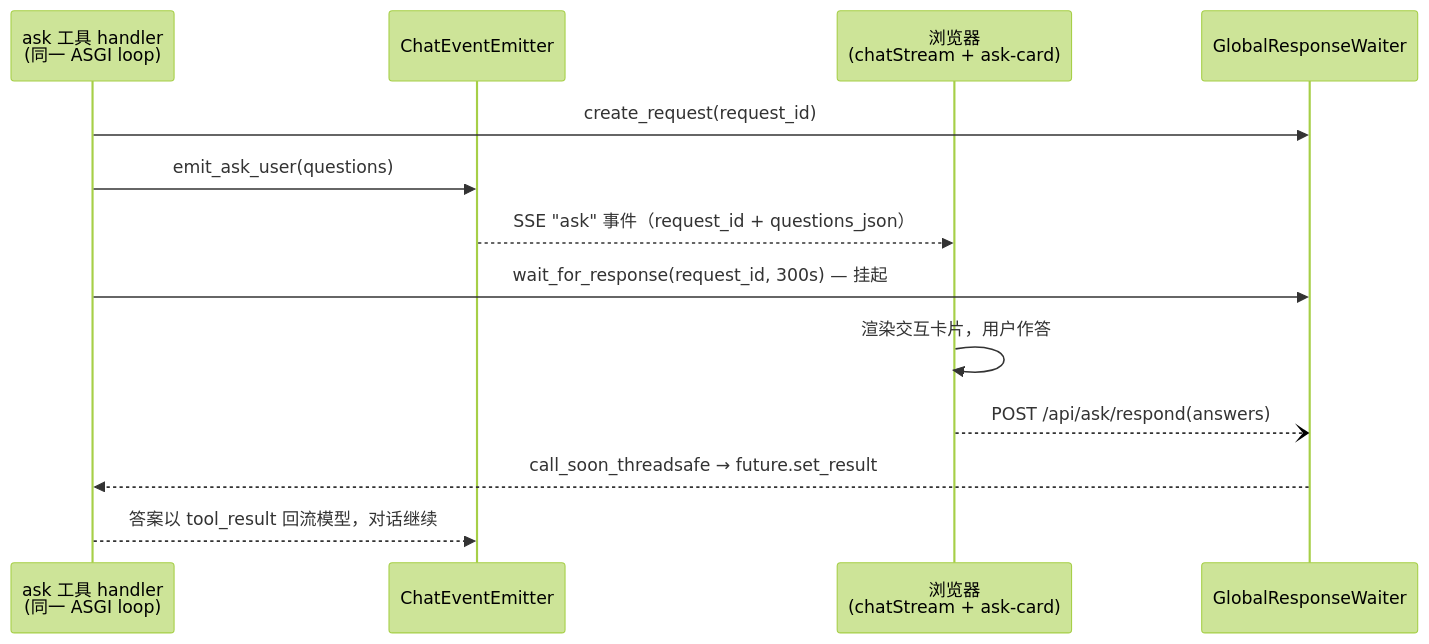
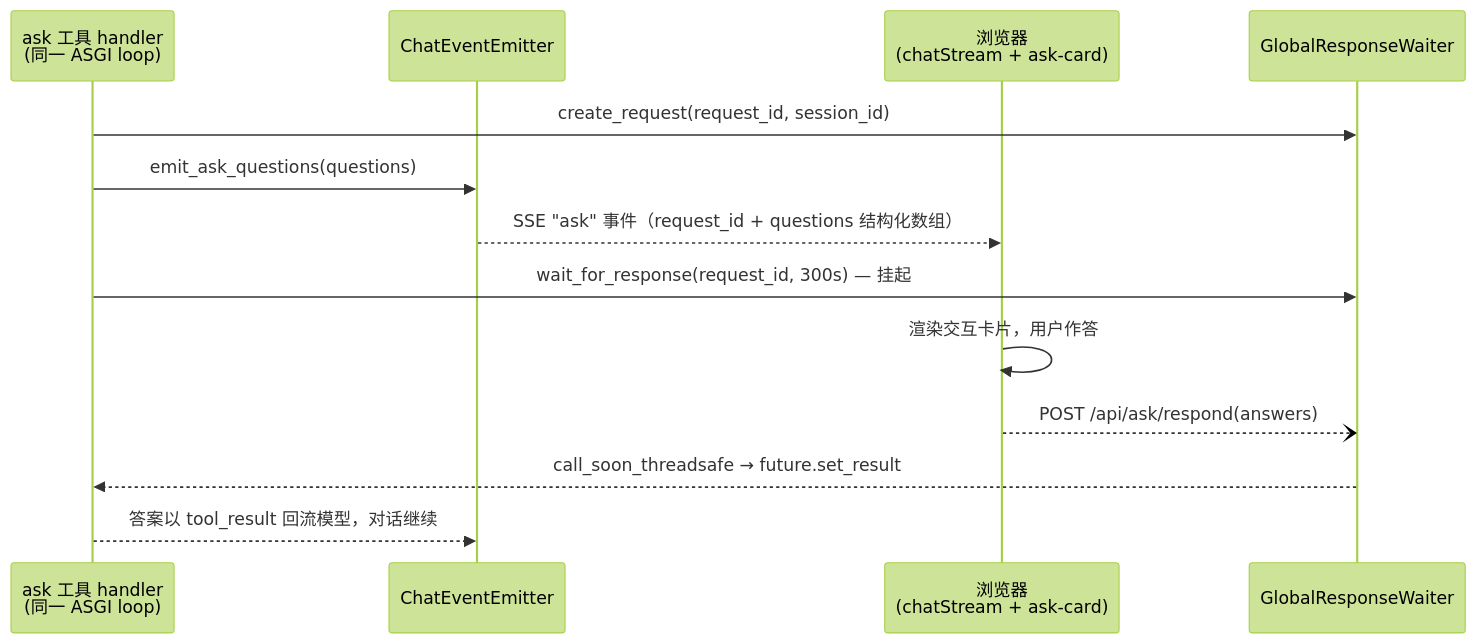
The second of 2 diagrams in doclens/web_v2/docs/ARCHITECTURE-sse.md (zhlhaohao/doclens), drawn with Mermaid (forest theme) before and after one commit. The commit also changed other lines of this file and 38 other files, not shown here.

First line of the commit message:
feat: prompt 缓存命中率优化（P0-1/P0-2）+ 压缩 transcript 落 .cortex + SSE ask 链路收敛

````diff
--- a/doclens/web_v2/docs/ARCHITECTURE-sse.md
+++ b/doclens/web_v2/docs/ARCHITECTURE-sse.md
@@ -121,16 +121,16 @@
 ```mermaid
 sequenceDiagram
     participant H as ask 工具 handler<br/>(同一 ASGI loop)
     participant E as ChatEventEmitter
     participant B as 浏览器<br/>(chatStream + ask-card)
     participant W as GlobalResponseWaiter
 
-    H->>W: create_request(request_id)
-    H->>E: emit_ask_user(questions)
-    E-->>B: SSE "ask" 事件（request_id + questions_json）
+    H->>W: create_request(request_id, session_id)
+    H->>E: emit_ask_questions(questions)
+    E-->>B: SSE "ask" 事件（request_id + questions 结构化数组）
     H->>W: wait_for_response(request_id, 300s) — 挂起
     B->>B: 渲染交互卡片，用户作答
     B--)W: POST /api/ask/respond(answers)
     W-->>H: call_soon_threadsafe → future.set_result
     H-->>E: 答案以 tool_result 回流模型，对话继续
 ```
````
